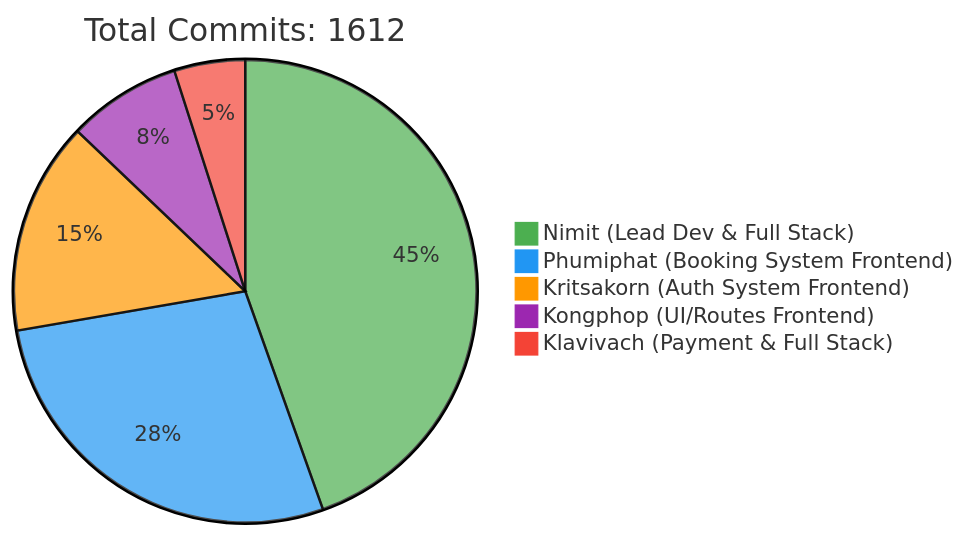
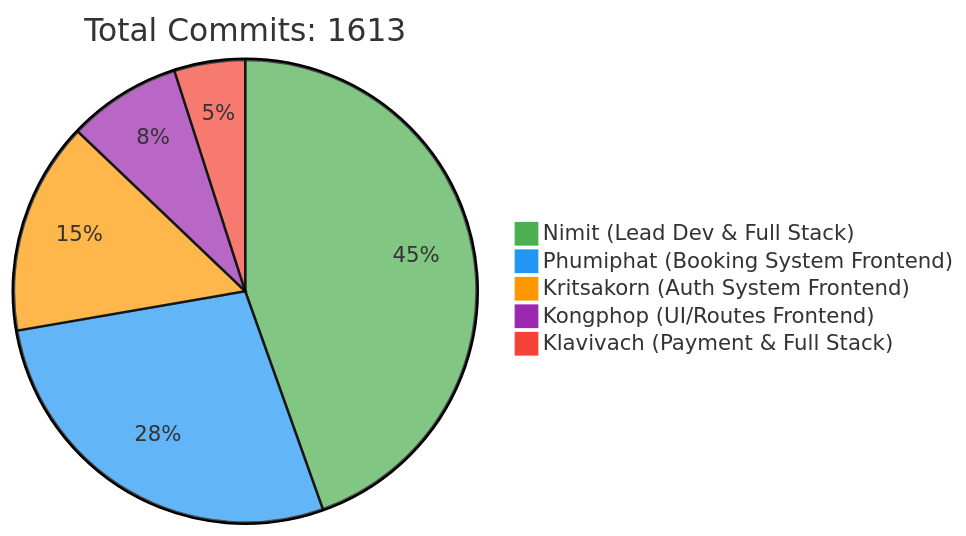
The first of 2 diagrams in README.md (6531503042/Sport-Complex), drawn with Mermaid before and after one commit. The commit also changed other lines of this file, not shown here.

Commit message:
docs: Update contributor statistics [skip ci]

````diff
--- a/README.md
+++ b/README.md
@@ -257,10 +257,10 @@
 ```mermaid
 %%{init: {'theme': 'base', 'themeVariables': { 'pie1': '#4CAF50', 'pie2': '#2196F3', 'pie3': '#FF9800', 'pie4': '#9C27B0', 'pie5': '#F44336'}}}%%
 pie
-    title Total Commits: 1612
+    title Total Commits: 1613
     "Nimit (Lead Dev & Full Stack)" : 450
     "Phumiphat (Booking System Frontend)" : 280
     "Kritsakorn (Auth System Frontend)" : 150
     "Kongphop (UI/Routes Frontend)" : 80
     "Klavivach (Payment & Full Stack)" : 50
 ```
````
